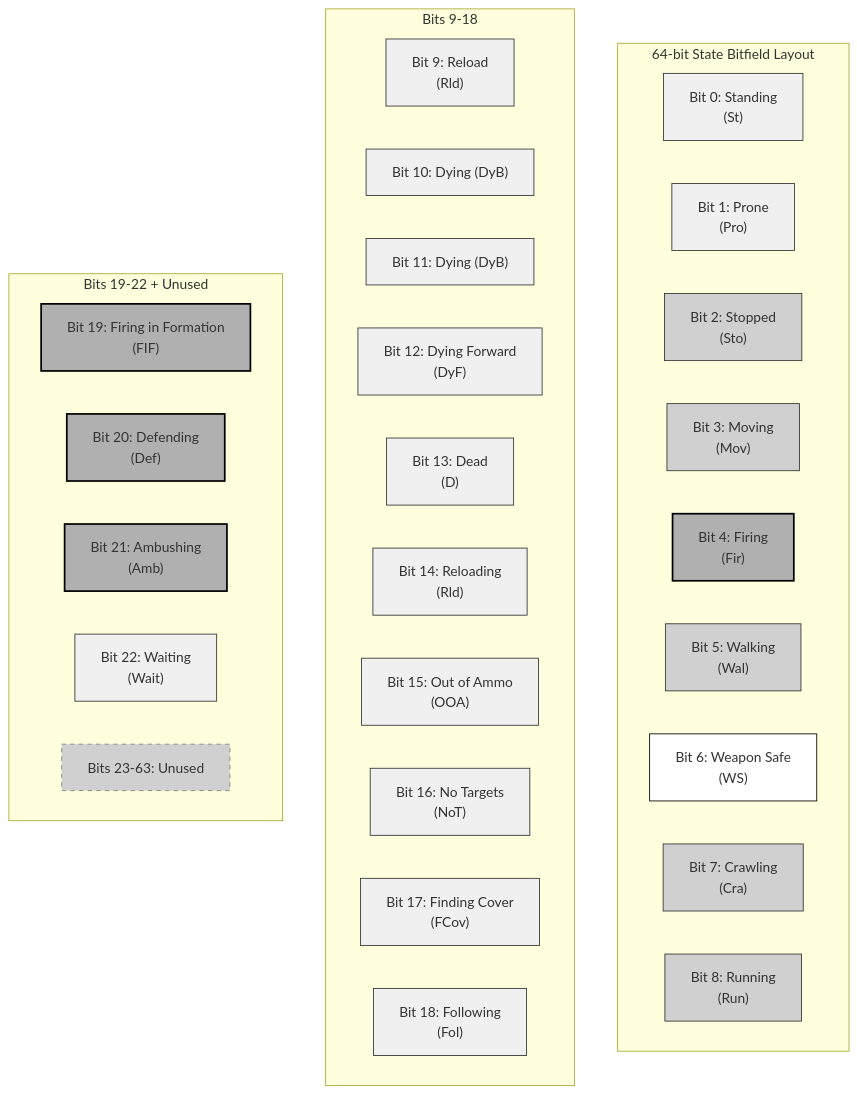
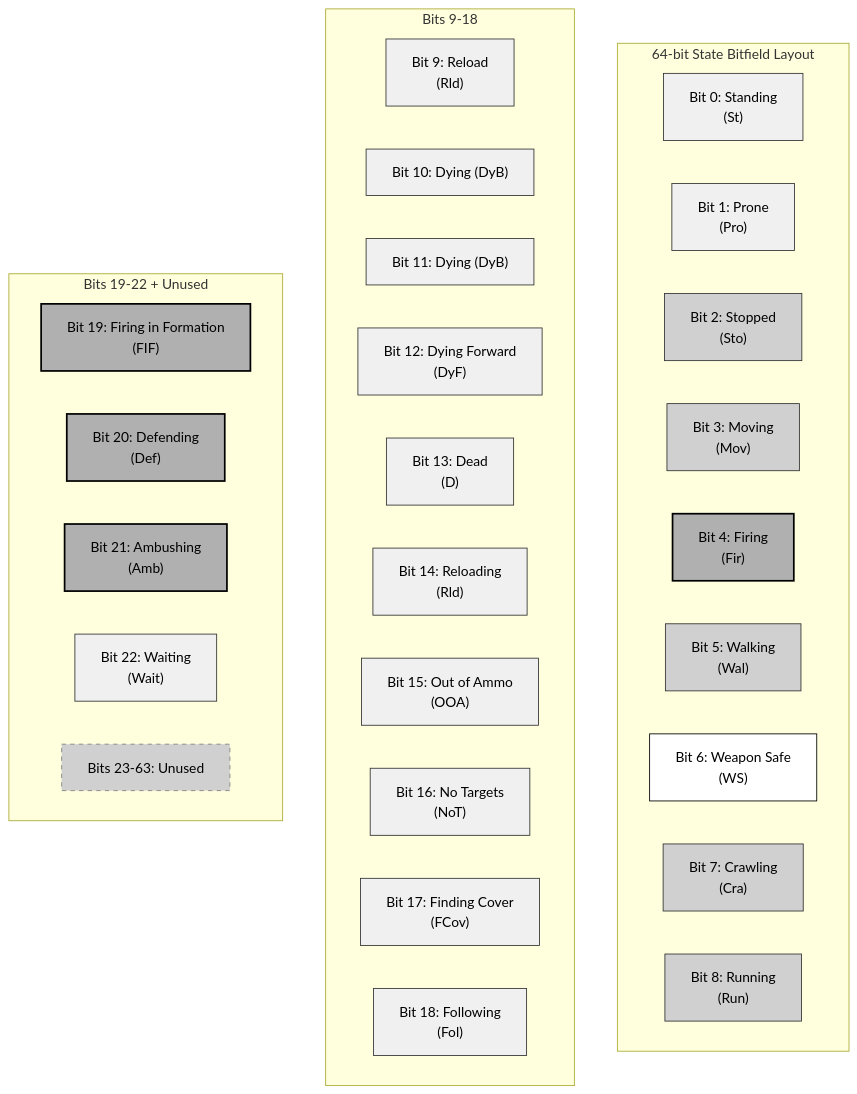
The first of 10 diagrams in appendix_a_state_world_systems.md (jukofyork/close-combat-architecture-study), drawn with Mermaid before and after one commit. The commit also changed other lines of this file and 15 other files, not shown here.

````diff
--- a/appendix_a_state_world_systems.md
+++ b/appendix_a_state_world_systems.md
@@ -74,50 +74,50 @@
 ```mermaid
 flowchart TD
     subgraph Bitfield["64-bit State Bitfield Layout"]
         direction LR
         bit0["Bit 0: Standing<br>(St)"]
         bit1["Bit 1: Prone<br>(Pro)"]
         bit2["Bit 2: Stopped<br>(Sto)"]
         bit3["Bit 3: Moving<br>(Mov)"]
         bit4["Bit 4: Firing<br>(Fir)"]
         bit5["Bit 5: Walking<br>(Wal)"]
         bit6["Bit 6: Weapon Safe<br>(WS)"]
         bit7["Bit 7: Crawling<br>(Cra)"]
         bit8["Bit 8: Running<br>(Run)"]
     end
     
     subgraph Row2["Bits 9-18"]
         direction LR
         bit9["Bit 9: Reload<br>(Rld)"]
         bit10["Bit 10: Dying (DyB)"]
         bit11["Bit 11: Dying (DyB)"]
         bit12["Bit 12: Dying Forward<br>(DyF)"]
         bit13["Bit 13: Dead<br>(D)"]
         bit14["Bit 14: Reloading<br>(Rld)"]
         bit15["Bit 15: Out of Ammo<br>(OOA)"]
         bit16["Bit 16: No Targets<br>(NoT)"]
         bit17["Bit 17: Finding Cover<br>(FCov)"]
         bit18["Bit 18: Following<br>(Fol)"]
     end
     
     subgraph Row3["Bits 19-22 + Unused"]
         direction LR
         bit19["Bit 19: Firing in Formation<br>(FIF)"]
         bit20["Bit 20: Defending<br>(Def)"]
         bit21["Bit 21: Ambushing<br>(Amb)"]
         bit22["Bit 22: Waiting<br>(Wait)"]
         unused["Bits 23-63: Unused"]
     end
     
-    classDef default fill:#fff,stroke:#000,stroke-width:1px
-    classDef light fill:#f0f0f0,stroke:#333,stroke-width:1px
-    classDef medium fill:#d0d0d0,stroke:#333,stroke-width:1px
-    classDef dark fill:#b0b0b0,stroke:#000,stroke-width:2px
-    classDef unusedStyle fill:#d0d0d0,stroke:#808080,stroke-width:1px,stroke-dasharray: 5 5
+    classDef default fill:#fff,stroke:#000,stroke-width:1px,color:#000
+    classDef light fill:#f0f0f0,stroke:#333,stroke-width:1px,color:#000
+    classDef medium fill:#d0d0d0,stroke:#333,stroke-width:1px,color:#000
+    classDef dark fill:#b0b0b0,stroke:#000,stroke-width:2px,color:#000
+    classDef unusedStyle fill:#d0d0d0,stroke:#808080,stroke-width:1px,stroke-dasharray: 5 5,color:#000
     
     class bit0,bit1 light
     class bit2,bit3,bit5,bit7,bit8 medium
     class bit4,bit19,bit20,bit21 dark
     class bit9,bit10,bit11,bit12,bit13,bit14,bit15,bit16,bit17,bit18,bit22 light
     class unused unusedStyle
 ```
````
